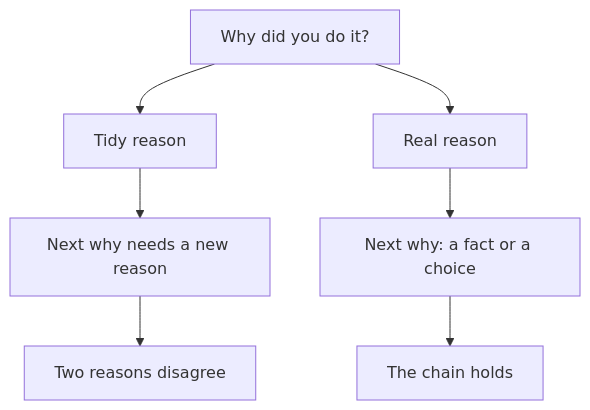
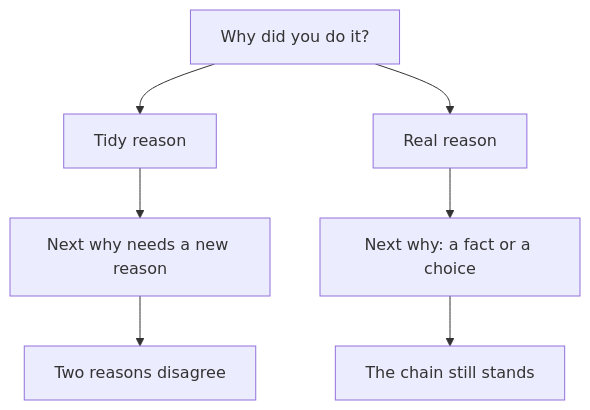
Before and after one commit to devweekends/Buildment: the diagram in courses/founder-interviews/03-every-line-survives-five-whys/03.03-real-reasons-not-tidy-ones.md, drawn with Mermaid. The commit also changed other lines of this file and 11 other files, not shown here.

````diff
--- a/courses/founder-interviews/03-every-line-survives-five-whys/03.03-real-reasons-not-tidy-ones.md
+++ b/courses/founder-interviews/03-every-line-survives-five-whys/03.03-real-reasons-not-tidy-ones.md
@@ -80,9 +80,9 @@
 ```mermaid
 flowchart TD
   Q["Why did you do it?"] --> T1["Tidy reason"]
   T1 --> T2["Next why needs a new reason"]
   T2 --> T3["Two reasons disagree"]
   Q --> R1["Real reason"]
   R1 --> R2["Next why: a fact or a choice"]
-  R2 --> R3["The chain holds"]
+  R2 --> R3["The chain still stands"]
 ```
````
